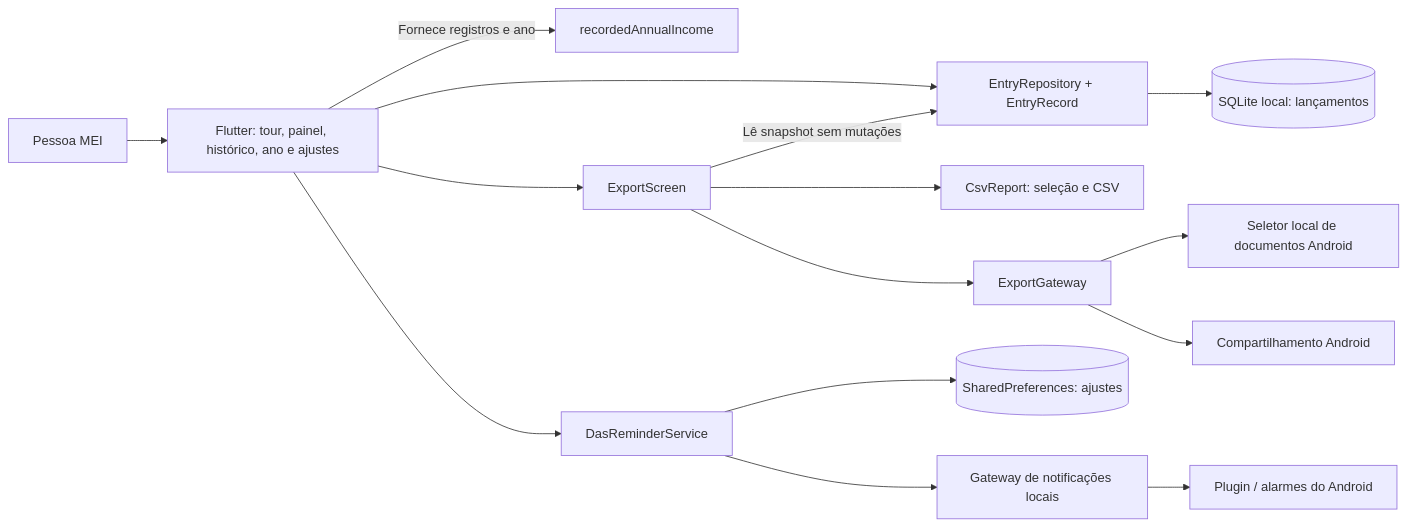
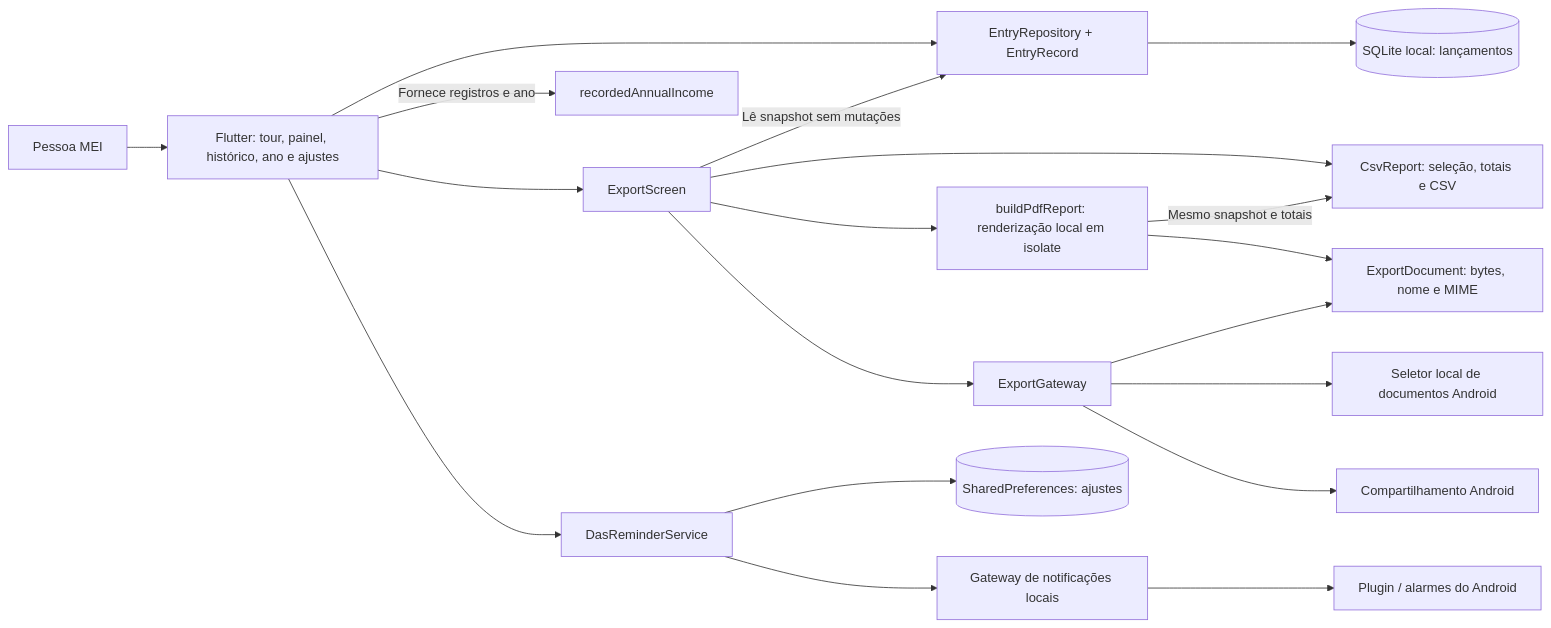
Before and after one commit to Isaqueodev/NotaMei: the diagram in docs/hermes/REQUISITOS-ARQUITETURA.md, drawn with Mermaid. The commit also changed other lines of this file and 18 other files, not shown here.

First line of the commit message:
feat: Implement PDF export functionality

````diff
--- a/docs/hermes/REQUISITOS-ARQUITETURA.md
+++ b/docs/hermes/REQUISITOS-ARQUITETURA.md
@@ -42,17 +133,21 @@
 ```mermaid
 flowchart LR
   P[Pessoa MEI] --> UI[Flutter: tour, painel, histórico, ano e ajustes]
   UI --> R[EntryRepository + EntryRecord]
   R --> DB[(SQLite local: lançamentos)]
   UI -->|Fornece registros e ano| ANO[recordedAnnualIncome]
   UI --> EX[ExportScreen]
   EX -->|Lê snapshot sem mutações| R
-  EX --> CSV[CsvReport: seleção e CSV]
+  EX --> CSV[CsvReport: seleção, totais e CSV]
+  EX --> PDF[buildPdfReport: renderização local em isolate]
+  PDF -->|Mesmo snapshot e totais| CSV
+  PDF --> BYTES[ExportDocument: bytes, nome e MIME]
   EX --> EG[ExportGateway]
+  EG --> BYTES
   EG --> DOC[Seletor local de documentos Android]
   EG --> SHARE[Compartilhamento Android]
   UI --> S[DasReminderService]
   S --> PREF[(SharedPreferences: ajustes)]
   S --> G[Gateway de notificações locais]
   G --> ANDROID[Plugin / alarmes do Android]
 ```
````
